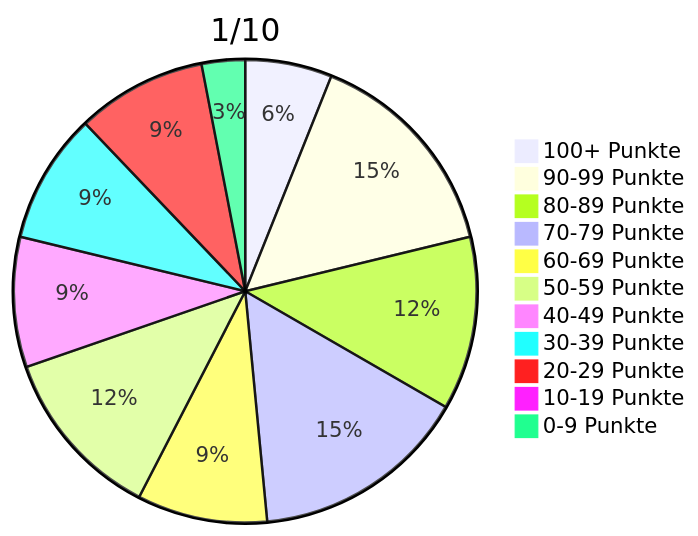
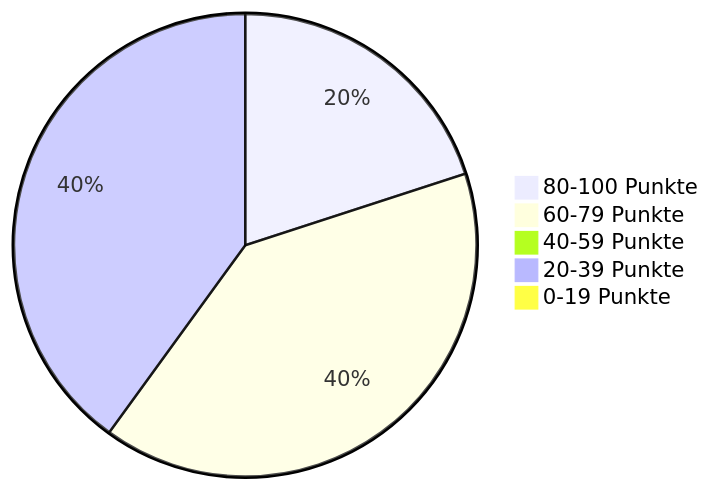
Before and after one commit to jappuccini/java-docs: the first of 16 diagrams in docs/additional-material/daniel-java1/exam-results.md, drawn with Mermaid. The commit also changed other lines of this file and 76 other files, not shown here.

Commit message:
uml fixes (colons, properties), headline fixes (italic) and exam result updates

````diff
--- a/docs/additional-material/daniel-java1/exam-results.md
+++ b/docs/additional-material/daniel-java1/exam-results.md
@@ -10,14 +19,8 @@
 ```mermaid
-pie title 1/10
-    "100+ Punkte" : 2
-    "90-99 Punkte" : 5
-    "80-89 Punkte" : 4
-    "70-79 Punkte" : 5
-    "60-69 Punkte" : 3
-    "50-59 Punkte" : 4
-    "40-49 Punkte" : 3
-    "30-39 Punkte" : 3
-    "20-29 Punkte" : 3
-    "10-19 Punkte" : 0
-    "0-9 Punkte" : 1
+pie
+    "80-100 Punkte" : 2
+    "60-79 Punkte" : 4
+    "40-59 Punkte" : 0
+    "20-39 Punkte" : 4
+    "0-19 Punkte" : 0
 ```
````
